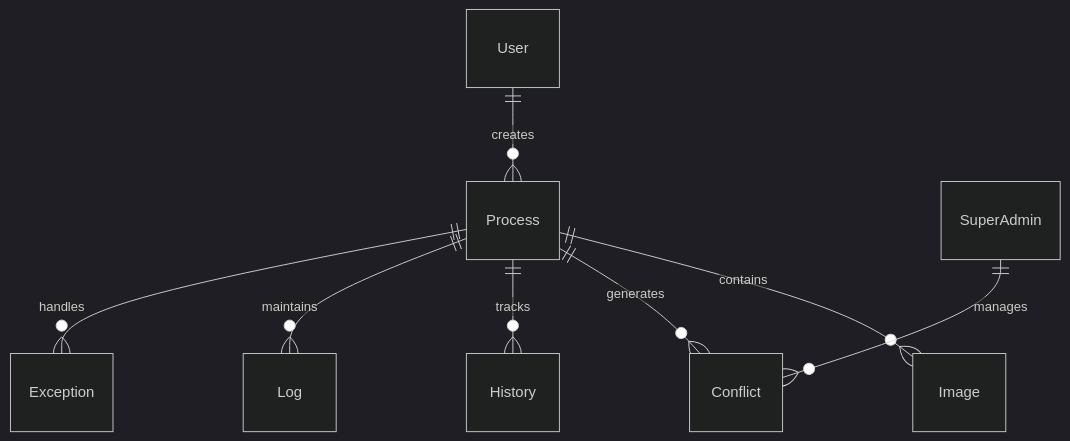
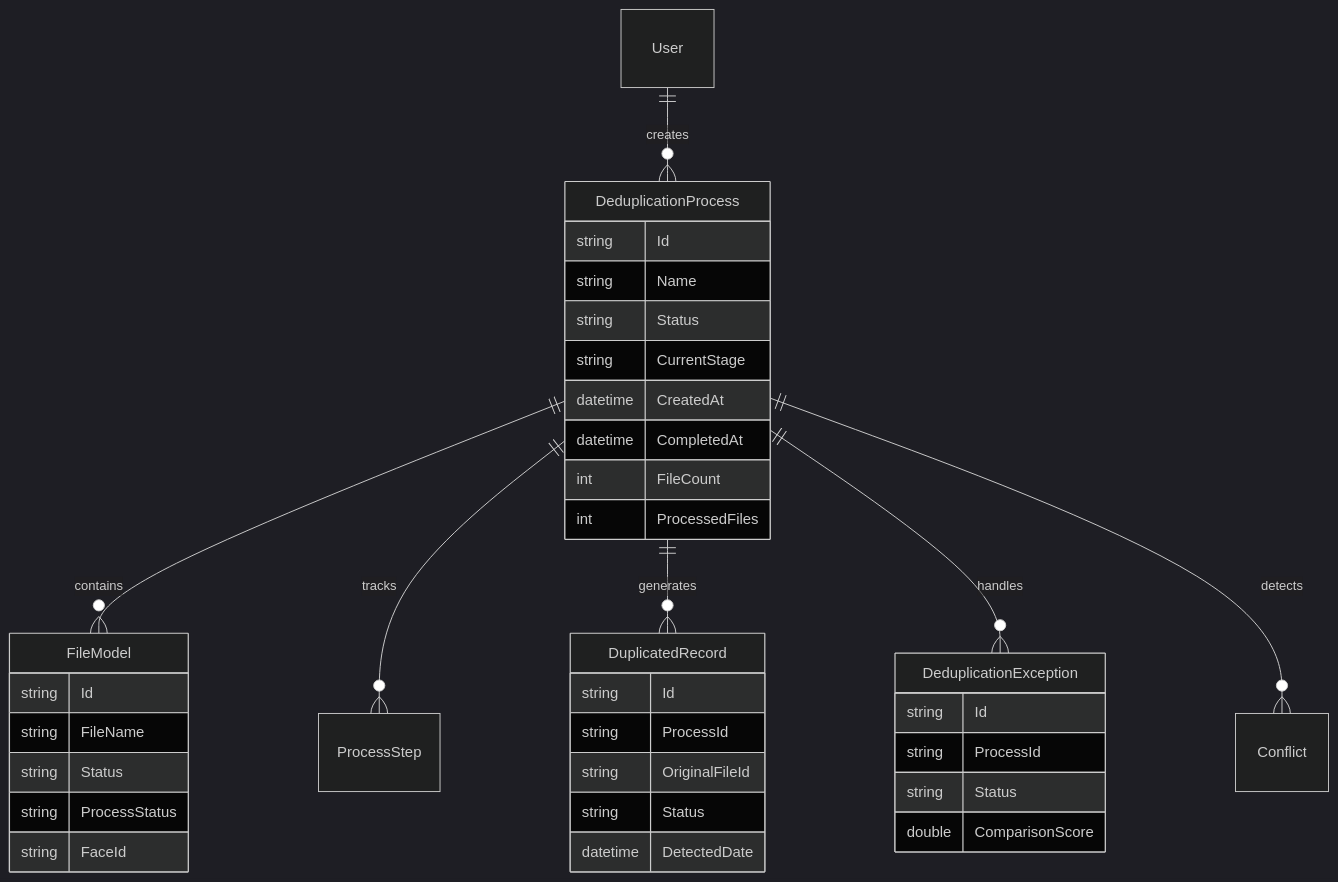
One commit to fares1919-ltrch/Backend-stage changed the first of 2 diagrams in README.md. Above: the diagram before and after it, drawn with Mermaid (dark theme). The commit also changed other lines of this file and 55 other files, not shown here.

````diff
--- a/README.md
+++ b/README.md
@@ -131,10 +143,43 @@
 ```mermaid
 erDiagram
-    User ||--o{ Process : creates
-    Process ||--o{ Image : contains
-    Process ||--o{ Conflict : generates
-    Process ||--o{ History : tracks
-    Process ||--o{ Log : maintains
-    Process ||--o{ Exception : handles
-    SuperAdmin ||--o{ Conflict : manages
+    User ||--o{ DeduplicationProcess : creates
+    DeduplicationProcess ||--o{ FileModel : contains
+    DeduplicationProcess ||--o{ ProcessStep : tracks
+    DeduplicationProcess ||--o{ DuplicatedRecord : generates
+    DeduplicationProcess ||--o{ DeduplicationException : handles
+    DeduplicationProcess ||--o{ Conflict : detects
+
+    DeduplicationProcess {
+        string Id
+        string Name
+        string Status
+        string CurrentStage
+        datetime CreatedAt
+        datetime CompletedAt
+        int FileCount
+        int ProcessedFiles
+    }
+
+    FileModel {
+        string Id
+        string FileName
+        string Status
+        string ProcessStatus
+        string FaceId
+    }
+
+    DuplicatedRecord {
+        string Id
+        string ProcessId
+        string OriginalFileId
+        string Status
+        datetime DetectedDate
+    }
+
+    DeduplicationException {
+        string Id
+        string ProcessId
+        string Status
+        double ComparisonScore
+    }
 ```
````
